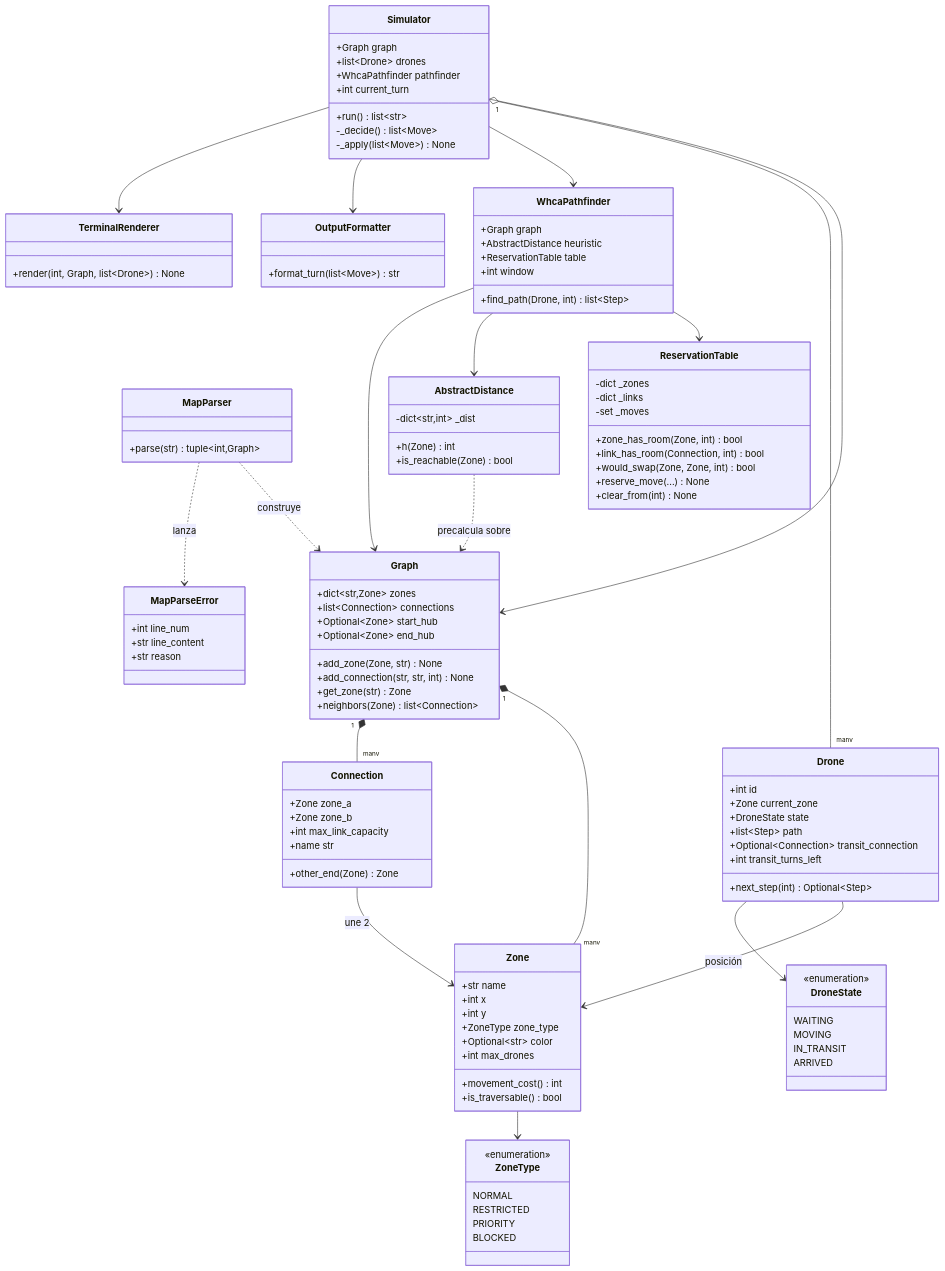
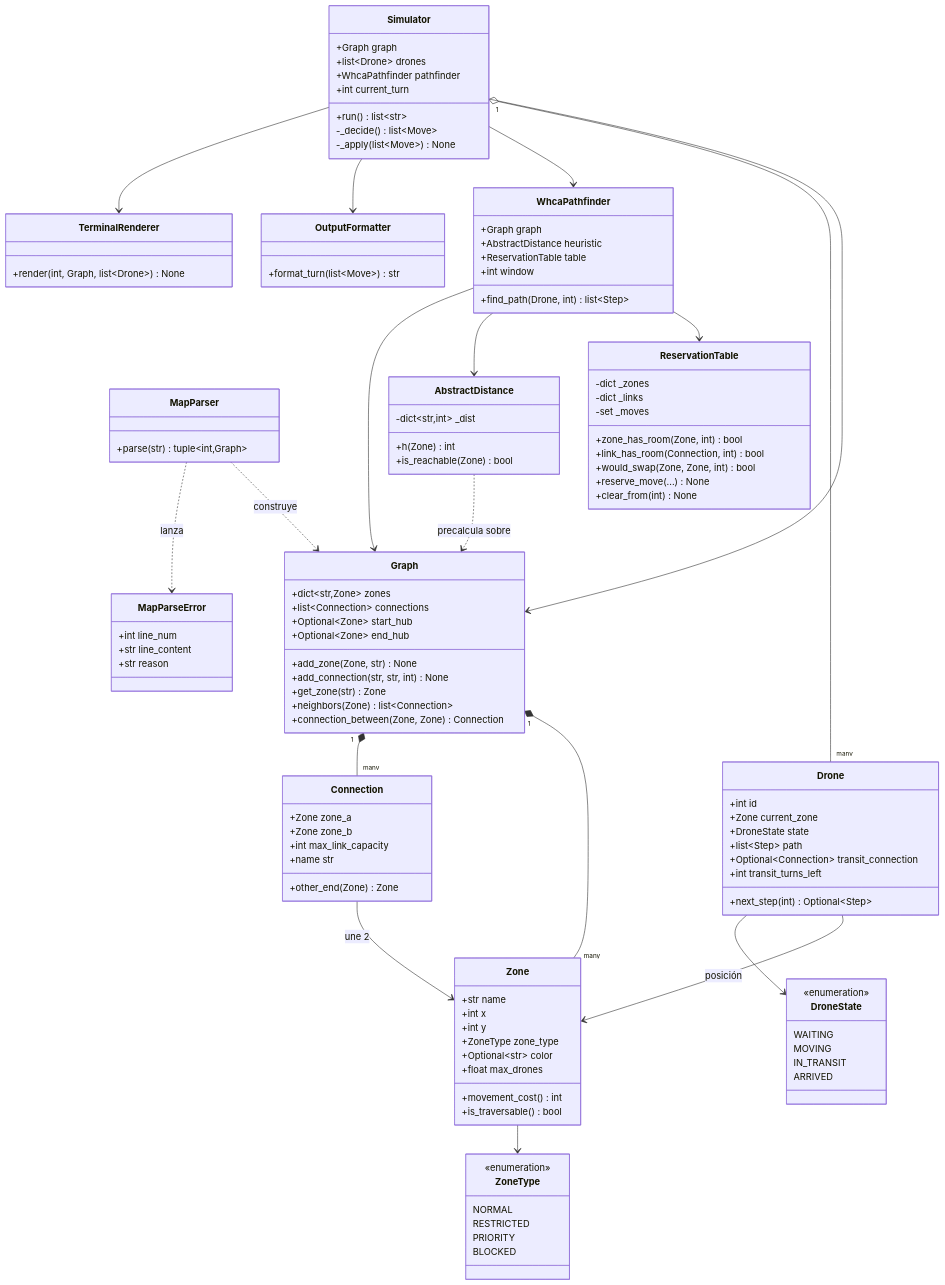
The first of 2 diagrams in docs/02-arquitectura.md (0xARCOS/Fly-In), drawn with Mermaid before and after one commit. The commit also changed 46 other files, not shown here.

```diff
--- a/docs/02-arquitectura.md
+++ b/docs/02-arquitectura.md
@@ -84,7 +84,7 @@
         +int y
         +ZoneType zone_type
         +Optional~str~ color
-        +int max_drones
+        +float max_drones
         +movement_cost() int
         +is_traversable() bool
     }
@@ -106,6 +106,7 @@
         +add_connection(str, str, int) None
         +get_zone(str) Zone
         +neighbors(Zone) list~Connection~
+        +connection_between(Zone, Zone) Connection
     }
 
     class MapParser {
```
